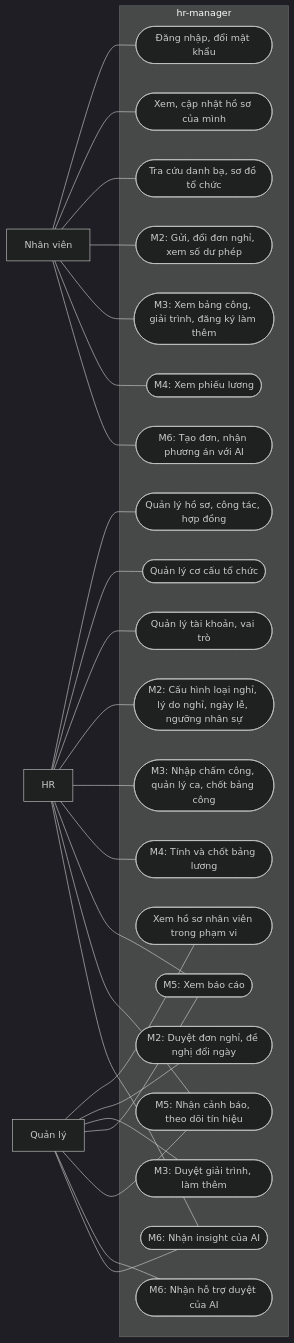
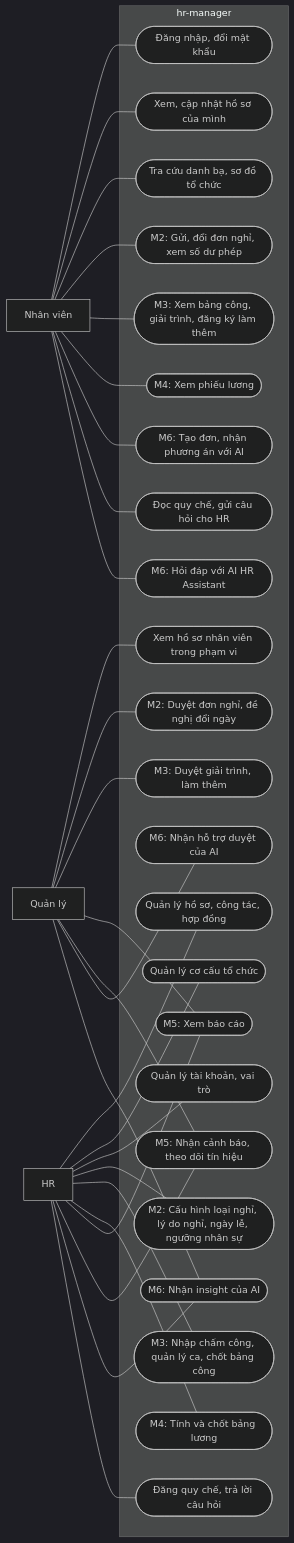
Before and after one commit to pbaodev/hr-manager: the diagram in docs/analysis/requirements.md, drawn with Mermaid (dark theme). The commit also changed other lines of this file and 7 other files, not shown here.

````diff
--- a/docs/analysis/requirements.md
+++ b/docs/analysis/requirements.md
@@ -101,31 +106,34 @@
 ```mermaid
 flowchart LR
   NV["Nhân viên"]
   QL["Quản lý"]
   HR["HR"]
   subgraph SYS["hr-manager"]
     U1(["Đăng nhập, đổi mật khẩu"])
     U2(["Xem, cập nhật hồ sơ của mình"])
     U3(["Tra cứu danh bạ, sơ đồ tổ chức"])
     U4(["Xem hồ sơ nhân viên trong phạm vi"])
     U5(["Quản lý hồ sơ, công tác, hợp đồng"])
     U6(["Quản lý cơ cấu tổ chức"])
     U7(["Quản lý tài khoản, vai trò"])
     L1(["M2: Gửi, đổi đơn nghỉ, xem số dư phép"])
     L2(["M2: Duyệt đơn nghỉ, đề nghị đổi ngày"])
     L3(["M2: Cấu hình loại nghỉ, lý do nghỉ, ngày lễ, ngưỡng nhân sự"])
     I1(["M6: Tạo đơn, nhận phương án với AI"])
     I2(["M6: Nhận hỗ trợ duyệt của AI"])
     A1(["M3: Xem bảng công, giải trình, đăng ký làm thêm"])
     A2(["M3: Nhập chấm công, quản lý ca, chốt bảng công"])
     A3(["M3: Duyệt giải trình, làm thêm"])
     P1(["M4: Xem phiếu lương"])
     P2(["M4: Tính và chốt bảng lương"])
     R1(["M5: Xem báo cáo"])
     R2(["M5: Nhận cảnh báo, theo dõi tín hiệu"])
     I3(["M6: Nhận insight của AI"])
+    U8(["Đọc quy chế, gửi câu hỏi cho HR"])
+    U9(["Đăng quy chế, trả lời câu hỏi"])
+    I4(["M6: Hỏi đáp với AI HR Assistant"])
   end
-  NV --- U1 & U2 & U3 & L1 & A1 & P1 & I1
+  NV --- U1 & U2 & U3 & L1 & A1 & P1 & I1 & U8 & I4
   QL --- U4 & L2 & A3 & R1 & R2 & I2 & I3
-  HR --- U5 & U6 & U7 & L3 & A2 & P2 & R1 & R2 & I3
+  HR --- U5 & U6 & U7 & L3 & A2 & P2 & R1 & R2 & I3 & U9
 ```
````
